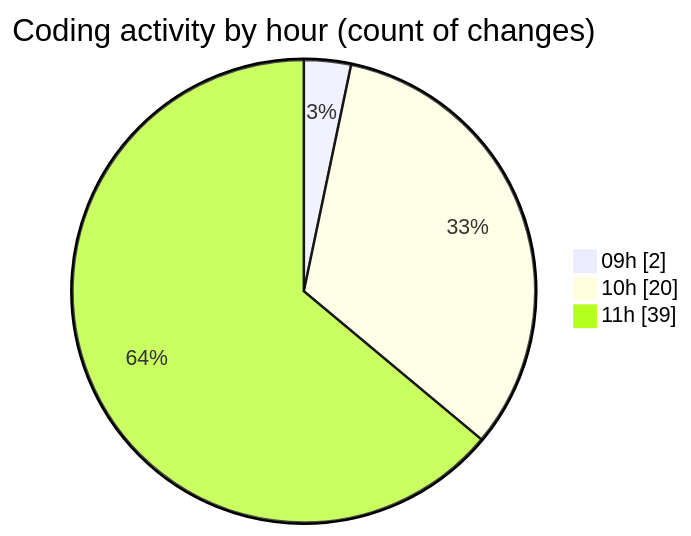
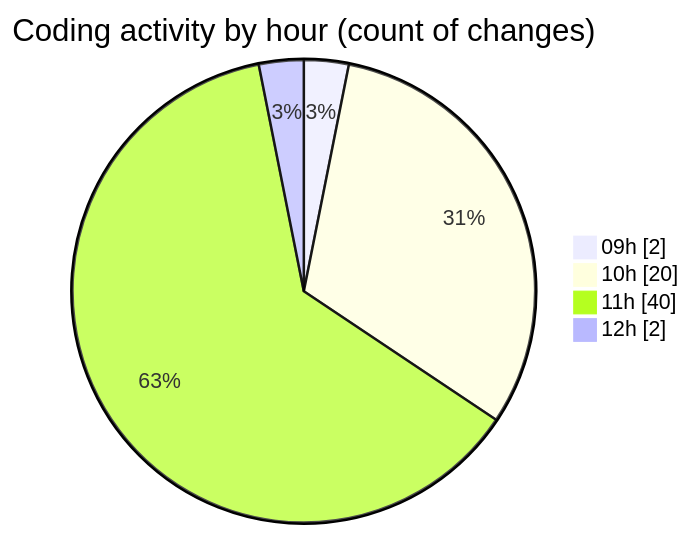
The second of 2 diagrams in 2025-06-13/cda/README.md (momahboobian/code-tracking), drawn with Mermaid before and after one commit. The commit also changed other lines of this file and 1 other file, not shown here.

````diff
--- a/2025-06-13/cda/README.md
+++ b/2025-06-13/cda/README.md
@@ -33,7 +33,8 @@
 ```mermaid
 pie showData
 title Coding activity by hour (count of changes)
 "09h" : 2
 "10h" : 20
-"11h" : 39
+"11h" : 40
+"12h" : 2
 ```
````
